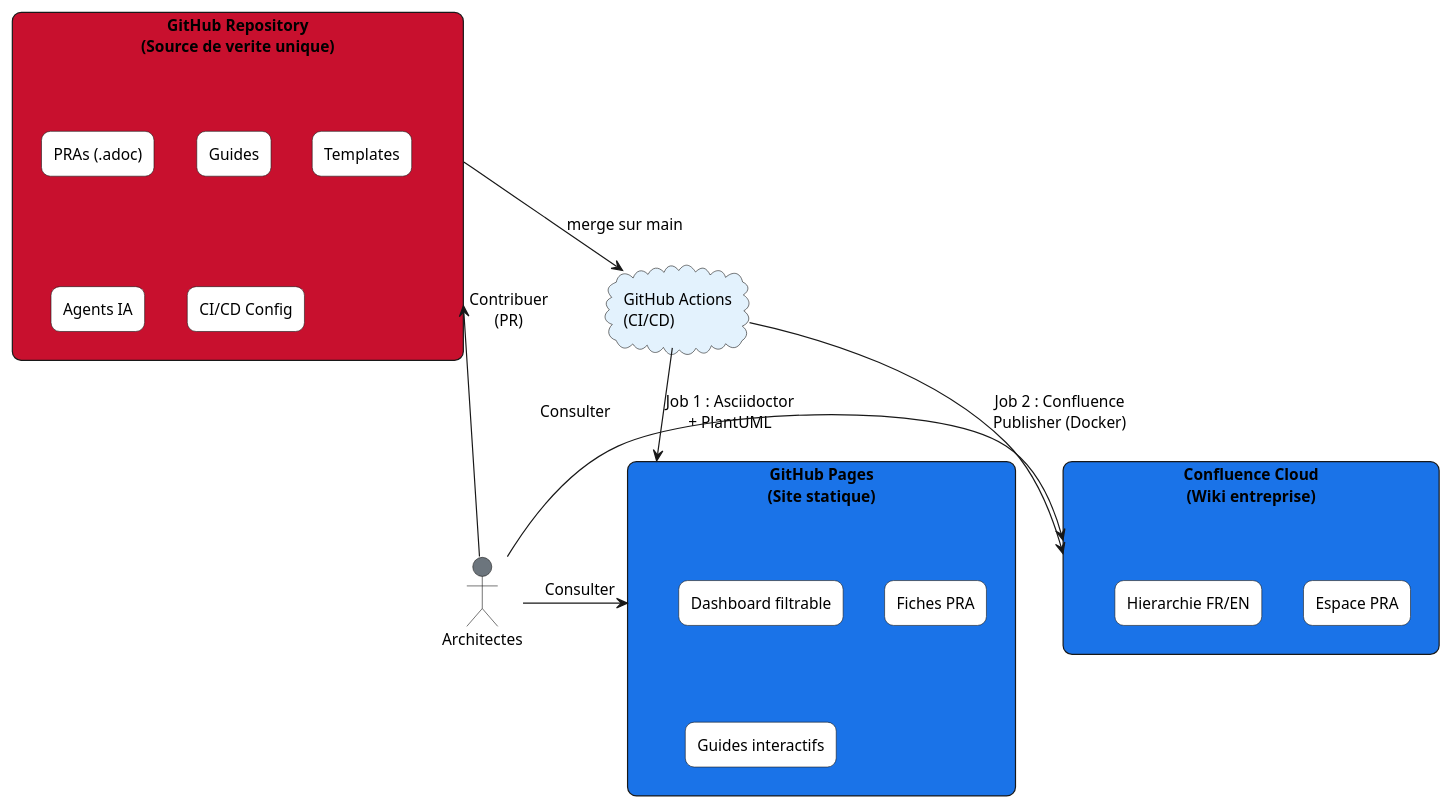
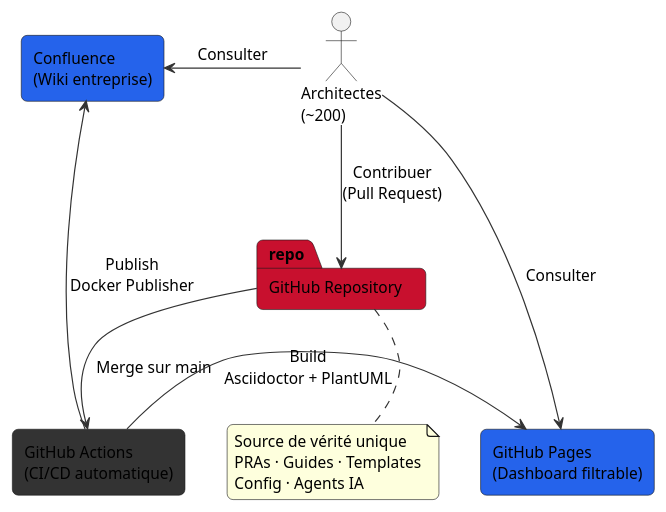
Before and after one commit to KiyaliHQ/proven-reusable-architecture: the first of 7 diagrams in content/pras/fr/overview.adoc, drawn with PlantUML. The commit also changed other lines of this file and 1 other file, not shown here.

First line of the commit message:
fix: improve PlantUML diagrams for stakeholder presentation

```diff
--- a/content/pras/fr/overview.adoc
+++ b/content/pras/fr/overview.adoc
@@ -14,45 +14,34 @@
 [plantuml]
 ----
 @startuml
 skinparam backgroundColor transparent
+skinparam defaultFontName "Segoe UI"
 skinparam defaultFontSize 13
-skinparam rectangle {
-  RoundCorner 15
+skinparam shadowing false
+skinparam roundCorner 10
+skinparam ArrowColor #333333
+
+actor "Architectes\n(~200)" as arch
+
+package "GitHub Repository" as repo #c8102e {
 }
 
-skinparam cloud {
-  BackgroundColor #f8f9fa
-}
+rectangle "GitHub Actions\n(CI/CD automatique)" as ci #333333
 
-rectangle "GitHub Repository\n(Source de verite unique)" as repo #c8102e {
-  rectangle "PRAs (.adoc)" as pras #fff
-  rectangle "Guides" as guides #fff
-  rectangle "Templates" as templates #fff
-  rectangle "Agents IA" as agents #fff
-  rectangle "CI/CD Config" as cicd_conf #fff
-}
+rectangle "GitHub Pages\n(Dashboard filtrable)" as ghp #2563eb
+rectangle "Confluence\n(Wiki entreprise)" as conf #2563eb
 
-cloud "GitHub Actions\n(CI/CD)" as cicd #e3f2fd
+arch -down-> repo : Contribuer\n(Pull Request)
+repo -down-> ci : Merge sur main
+ci -right-> ghp : Build\nAsciidoctor + PlantUML
+ci -left-> conf : Publish\nDocker Publisher
+arch -right-> ghp : Consulter
+arch -left-> conf : Consulter
 
-rectangle "GitHub Pages\n(Site statique)" as ghpages #1a73e8 {
-  rectangle "Dashboard filtrable" as dash #fff
-  rectangle "Fiches PRA" as fiches #fff
-  rectangle "Guides interactifs" as guidesWeb #fff
-}
-
-rectangle "Confluence Cloud\n(Wiki entreprise)" as confluence #1a73e8 {
-  rectangle "Espace PRA" as confSpace #fff
-  rectangle "Hierarchie FR/EN" as confTree #fff
-}
-
-actor "Architectes" as arch #6c757d
-
-repo -down-> cicd : merge sur main
-cicd -down-> ghpages : Job 1 : Asciidoctor\n+ PlantUML
-cicd -down-> confluence : Job 2 : Confluence\nPublisher (Docker)
-
-arch -right-> ghpages : Consulter
-arch -right-> confluence : Consulter
-arch -up-> repo : Contribuer\n(PR)
+note bottom of repo
+  Source de vérité unique
+  PRAs · Guides · Templates
+  Config · Agents IA
+end note
 @enduml
 ----
```
